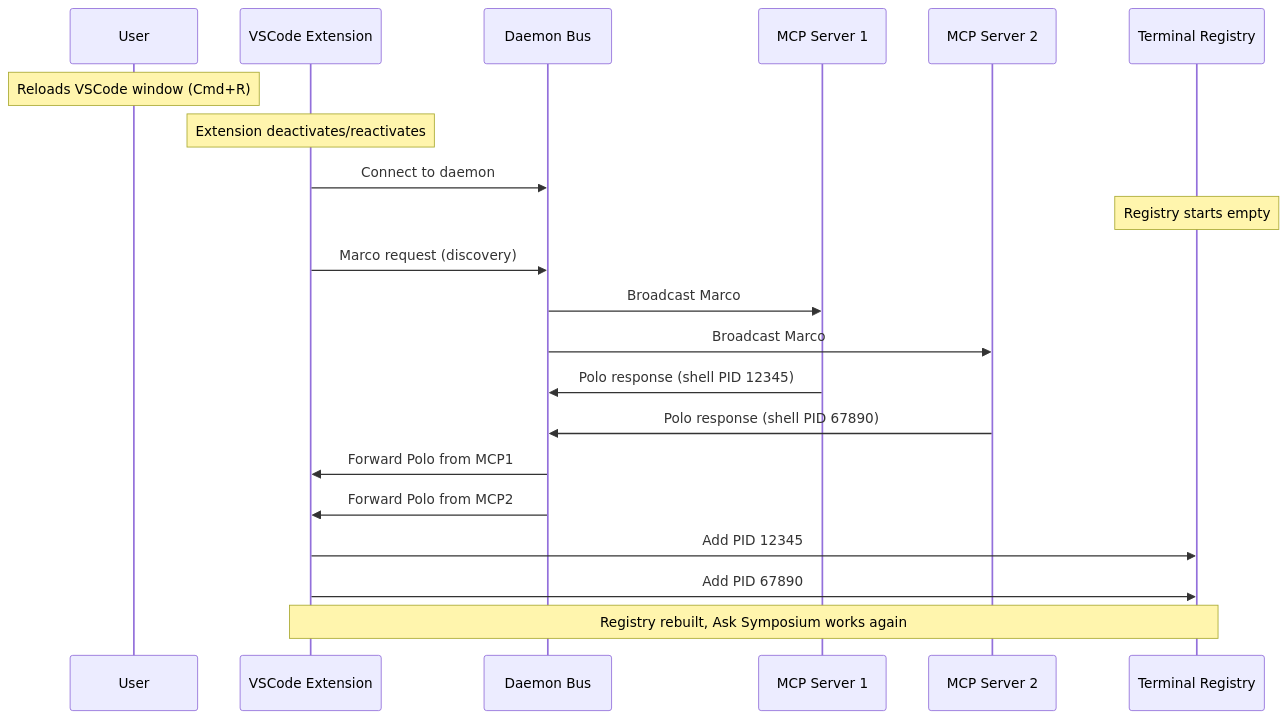
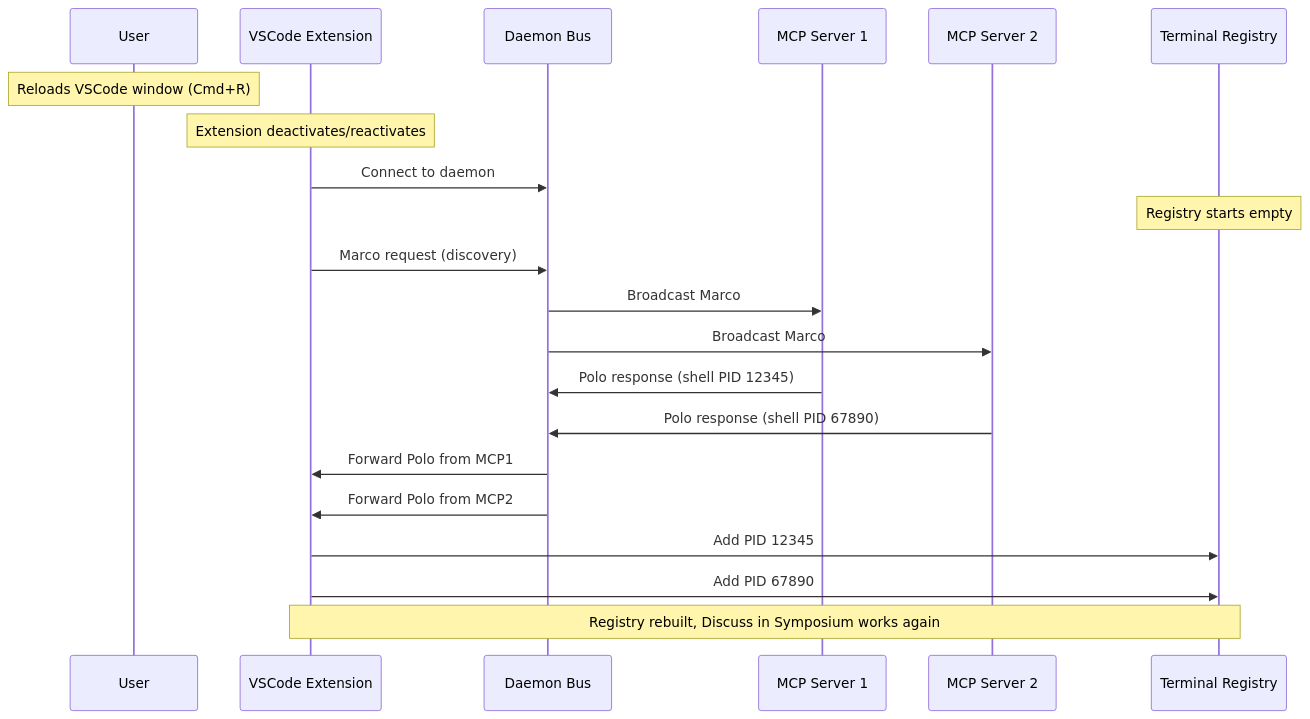
One commit to socratic-shell/symposium changed the third of 4 diagrams in md/design/message-flows.md. Above: the diagram before and after it, drawn with Mermaid. The commit also changed other lines of this file and 11 other files, not shown here.

Commit message:
s/Ask in Symposium/Discuss in Symposium/

````diff
--- a/md/design/message-flows.md
+++ b/md/design/message-flows.md
@@ -74,30 +74,30 @@
 ```mermaid
 sequenceDiagram
     participant User
     participant Ext as VSCode Extension
     participant Daemon as Daemon Bus
     participant MCP1 as MCP Server 1
     participant MCP2 as MCP Server 2
     participant Registry as Terminal Registry
 
     Note over User: Reloads VSCode window (Cmd+R)
     Note over Ext: Extension deactivates/reactivates
     
     Ext->>Daemon: Connect to daemon
     Note over Registry: Registry starts empty
     
     Ext->>Daemon: Marco request (discovery)
     Daemon->>MCP1: Broadcast Marco
     Daemon->>MCP2: Broadcast Marco
     
     MCP1->>Daemon: Polo response (shell PID 12345)
     MCP2->>Daemon: Polo response (shell PID 67890)
     
     Daemon->>Ext: Forward Polo from MCP1
     Daemon->>Ext: Forward Polo from MCP2
     
     Ext->>Registry: Add PID 12345
     Ext->>Registry: Add PID 67890
     
-    Note over Ext,Registry: Registry rebuilt, Ask Symposium works again
+    Note over Ext,Registry: Registry rebuilt, Discuss in Symposium works again
 ```
````
